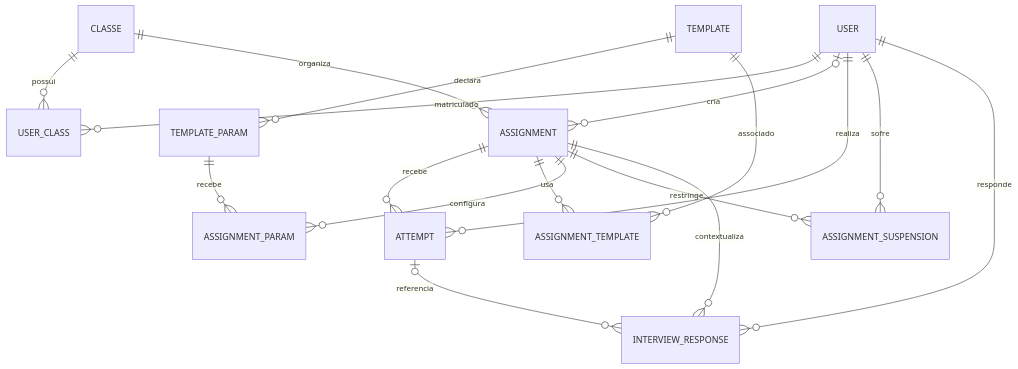
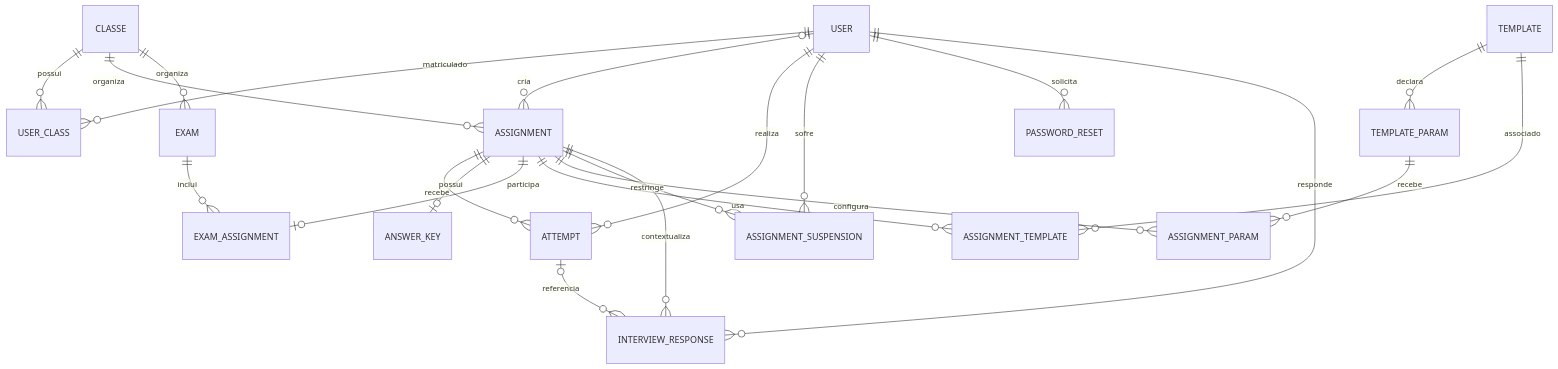
The diagram in docs/database.md (COCSI-MG/eevee), drawn with Mermaid before and after one commit. The commit also changed other lines of this file and 24 other files, not shown here.

````diff
--- a/docs/database.md
+++ b/docs/database.md
@@ -7,19 +7,24 @@
 ```mermaid
 erDiagram
     USER ||--o{ USER_CLASS : matriculado
     CLASSE ||--o{ USER_CLASS : possui
     CLASSE ||--o{ ASSIGNMENT : organiza
     USER o|--o{ ASSIGNMENT : cria
     USER ||--o{ ATTEMPT : realiza
     ASSIGNMENT ||--o{ ATTEMPT : recebe
+    ASSIGNMENT ||--o| ANSWER_KEY : possui
+    CLASSE ||--o{ EXAM : organiza
+    EXAM ||--o{ EXAM_ASSIGNMENT : inclui
+    ASSIGNMENT ||--o| EXAM_ASSIGNMENT : participa
     TEMPLATE ||--o{ TEMPLATE_PARAM : declara
     ASSIGNMENT ||--o{ ASSIGNMENT_TEMPLATE : usa
     TEMPLATE ||--o{ ASSIGNMENT_TEMPLATE : associado
     ASSIGNMENT ||--o{ ASSIGNMENT_PARAM : configura
     TEMPLATE_PARAM ||--o{ ASSIGNMENT_PARAM : recebe
     USER ||--o{ ASSIGNMENT_SUSPENSION : sofre
     ASSIGNMENT ||--o{ ASSIGNMENT_SUSPENSION : restringe
+    USER ||--o{ PASSWORD_RESET : solicita
     USER ||--o{ INTERVIEW_RESPONSE : responde
     ASSIGNMENT ||--o{ INTERVIEW_RESPONSE : contextualiza
     ATTEMPT o|--o{ INTERVIEW_RESPONSE : referencia
 ```
````
